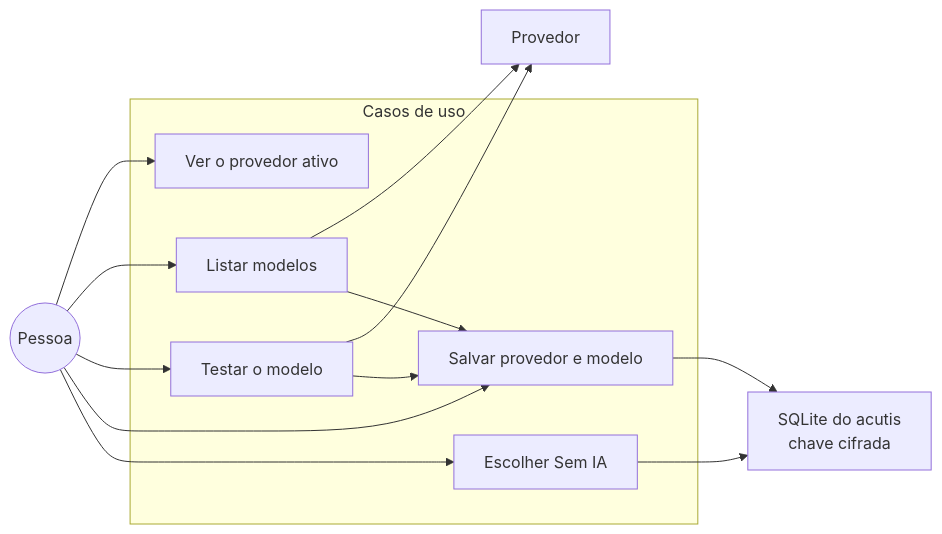
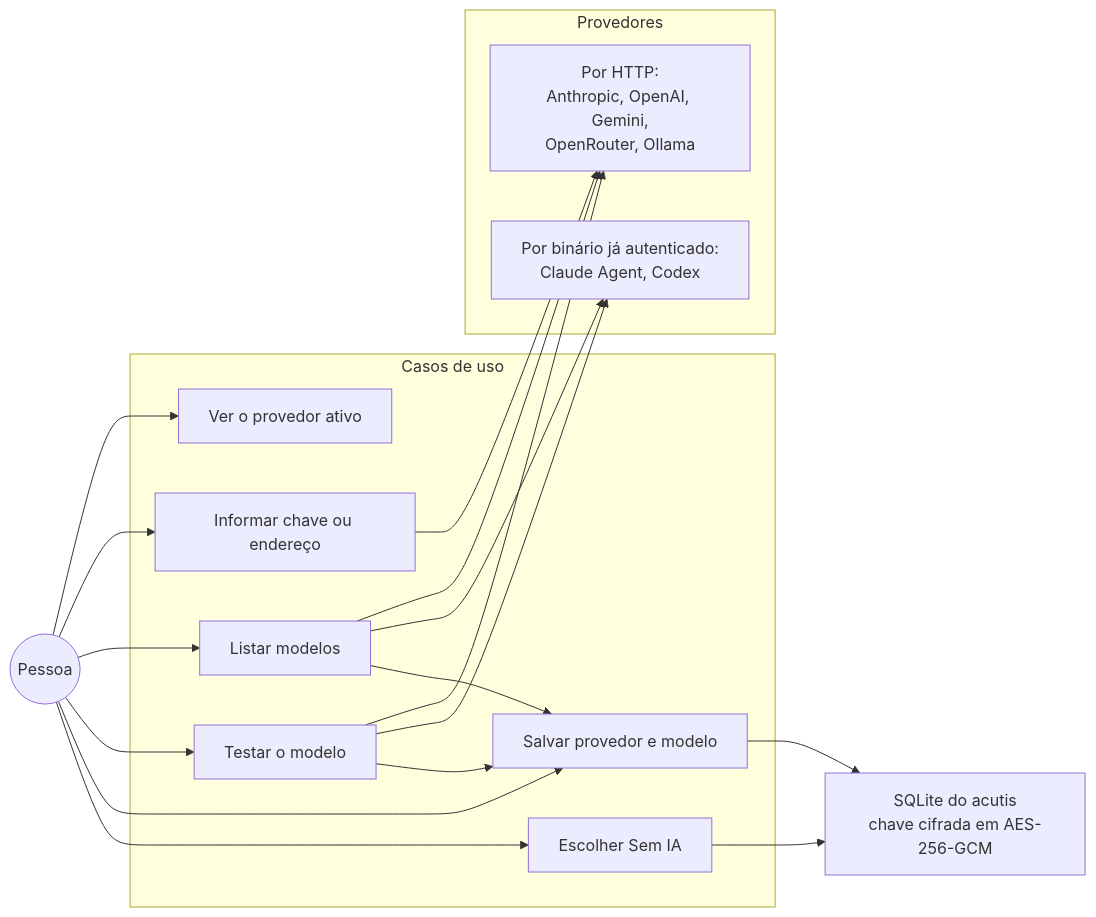
One commit to KauanCalheiro/acutis changed diagram 11 of 15 in docs/DIAGRAMS/USE-CASE-DIAGRAMS.md. Above: the diagram before and after it, drawn with Mermaid. The commit also changed other lines of this file and 7 other files, not shown here.

````diff
--- a/docs/DIAGRAMS/USE-CASE-DIAGRAMS.md
+++ b/docs/DIAGRAMS/USE-CASE-DIAGRAMS.md
@@ -291,23 +470,29 @@
 ```mermaid
 flowchart LR
   P(("Pessoa"))
 
   subgraph Casos de uso
     V["Ver o provedor ativo"]
+    K["Informar chave ou endereço"]
     M["Listar modelos"]
     T["Testar o modelo"]
     U["Salvar provedor e modelo"]
     O["Escolher Sem IA"]
   end
 
-  DB["SQLite do acutis<br/>chave cifrada"]
-  PROV["Provedor"]
+  subgraph Provedores
+    HTTP["Por HTTP:<br/>Anthropic, OpenAI, Gemini,<br/>OpenRouter, Ollama"]
+    LOCAL["Por binário já autenticado:<br/>Claude Agent, Codex"]
+  end
+
+  DB["SQLite do acutis<br/>chave cifrada em AES-256-GCM"]
 
   P --> V
-  P --> M --> PROV
-  P --> T --> PROV
+  P --> K --> HTTP
+  P --> M --> HTTP & LOCAL
+  P --> T --> HTTP & LOCAL
   P --> U --> DB
   P --> O --> DB
   M --> U
   T --> U
 ```
````
